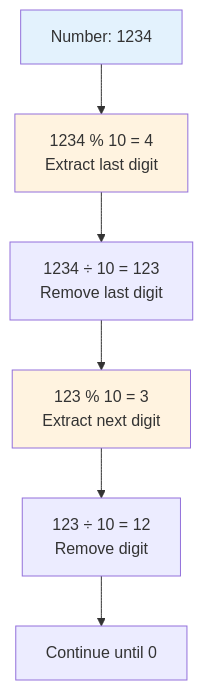
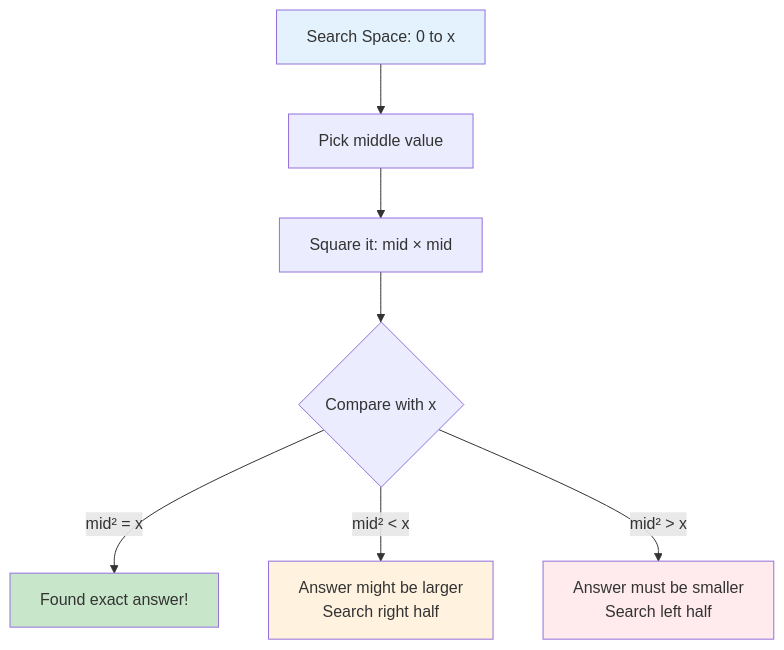
One commit to LuckyLongre123/README_RUNNER changed the second of 14 diagrams in README.md. Above: the diagram before and after it, drawn with Mermaid. The commit also changed other lines of this file, not shown here.

````diff
--- a/README.md
+++ b/README.md
@@ -58,12 +59,14 @@
 ```mermaid
 flowchart TD
-    A[Number: 1234] --> B[1234 % 10 = 4<br/>Extract last digit]
-    B --> C[1234 ÷ 10 = 123<br/>Remove last digit]
-    C --> D[123 % 10 = 3<br/>Extract next digit]
-    D --> E[123 ÷ 10 = 12<br/>Remove digit]
-    E --> F[Continue until 0]
+    A[Search Space: 0 to x] --> B[Pick middle value]
+    B --> C[Square it: mid × mid]
+    C --> D{Compare with x}
+    D -->|mid² = x| E[Found exact answer!]
+    D -->|mid² < x| F[Answer might be larger<br/>Search right half]
+    D -->|mid² > x| G[Answer must be smaller<br/>Search left half]
     
     style A fill:#e3f2fd
-    style B fill:#fff3e0
-    style D fill:#fff3e0
+    style E fill:#c8e6c9
+    style F fill:#fff3e0
+    style G fill:#ffebee
 ```
````
